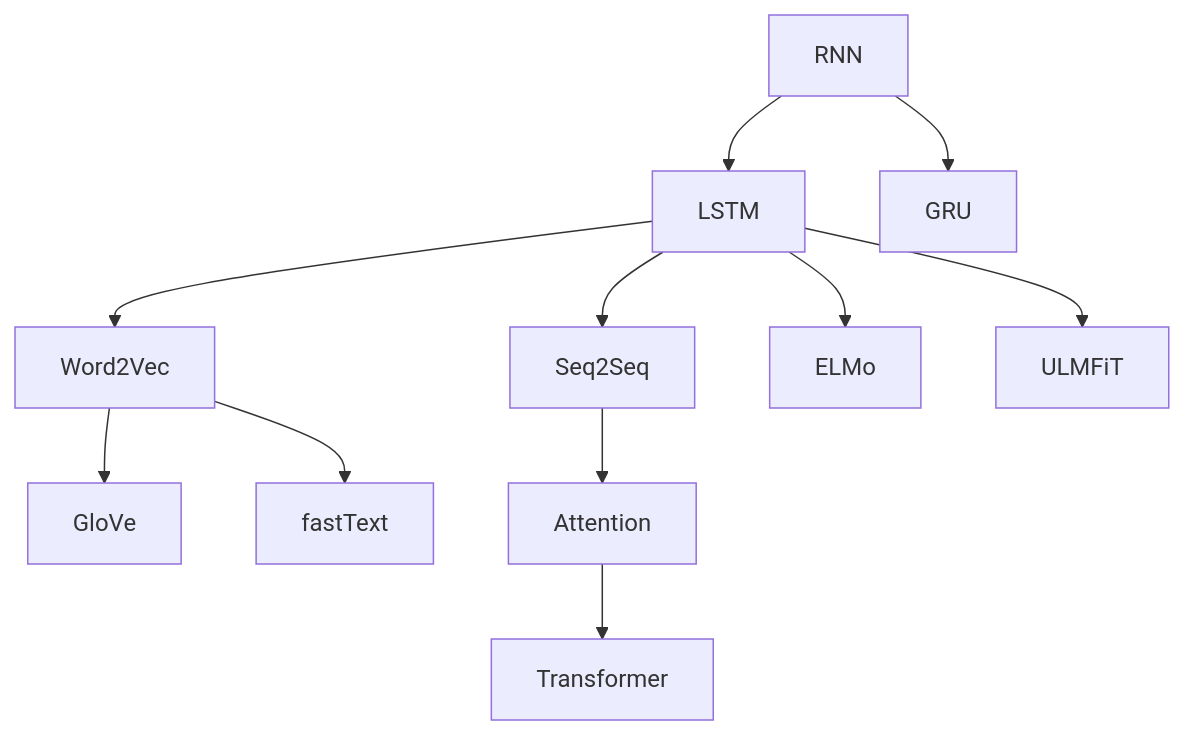
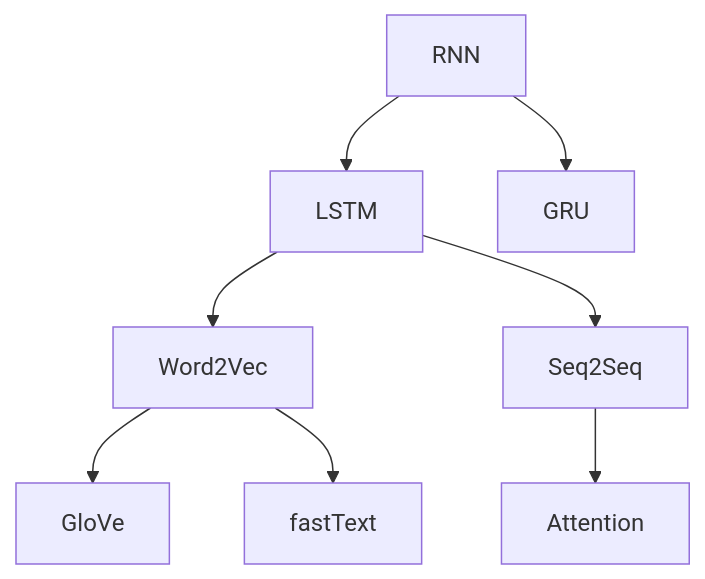
One commit to ted-sharp/chatvox changed the second of 16 diagrams in doc/llm.md. Above: the diagram before and after it, drawn with Mermaid. The commit also changed other lines of this file, not shown here.

````diff
--- a/doc/llm.md
+++ b/doc/llm.md
@@ -91,10 +92,8 @@
 ```mermaid
 flowchart
 
 RNN --> LSTM --> Word2Vec --> GloVe
 Word2Vec --> fastText
-LSTM --> Seq2Seq --> Attention --> Transformer
+LSTM --> Seq2Seq --> Attention
 RNN --> GRU
-LSTM --> ELMo
-LSTM --> ULMFiT
 ```
````
